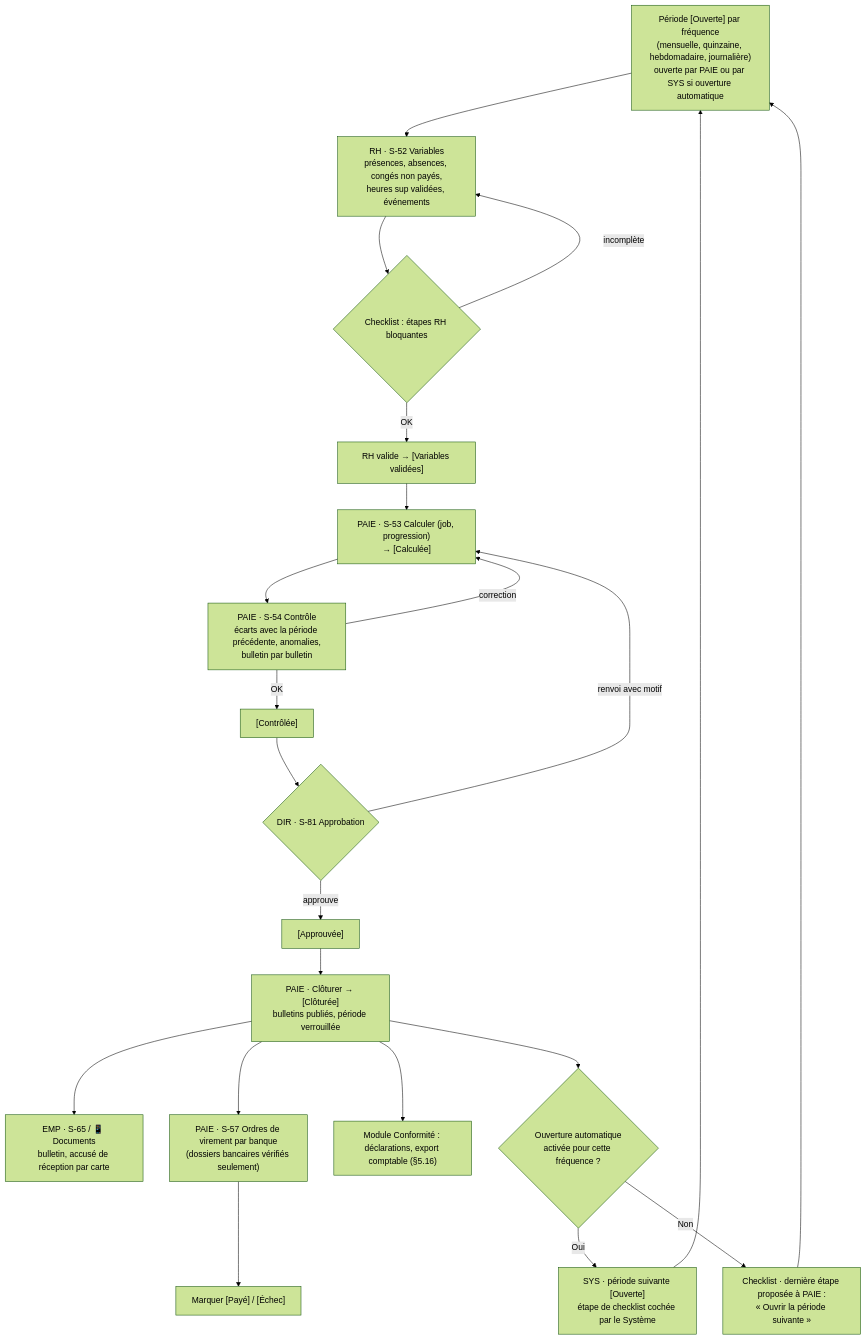
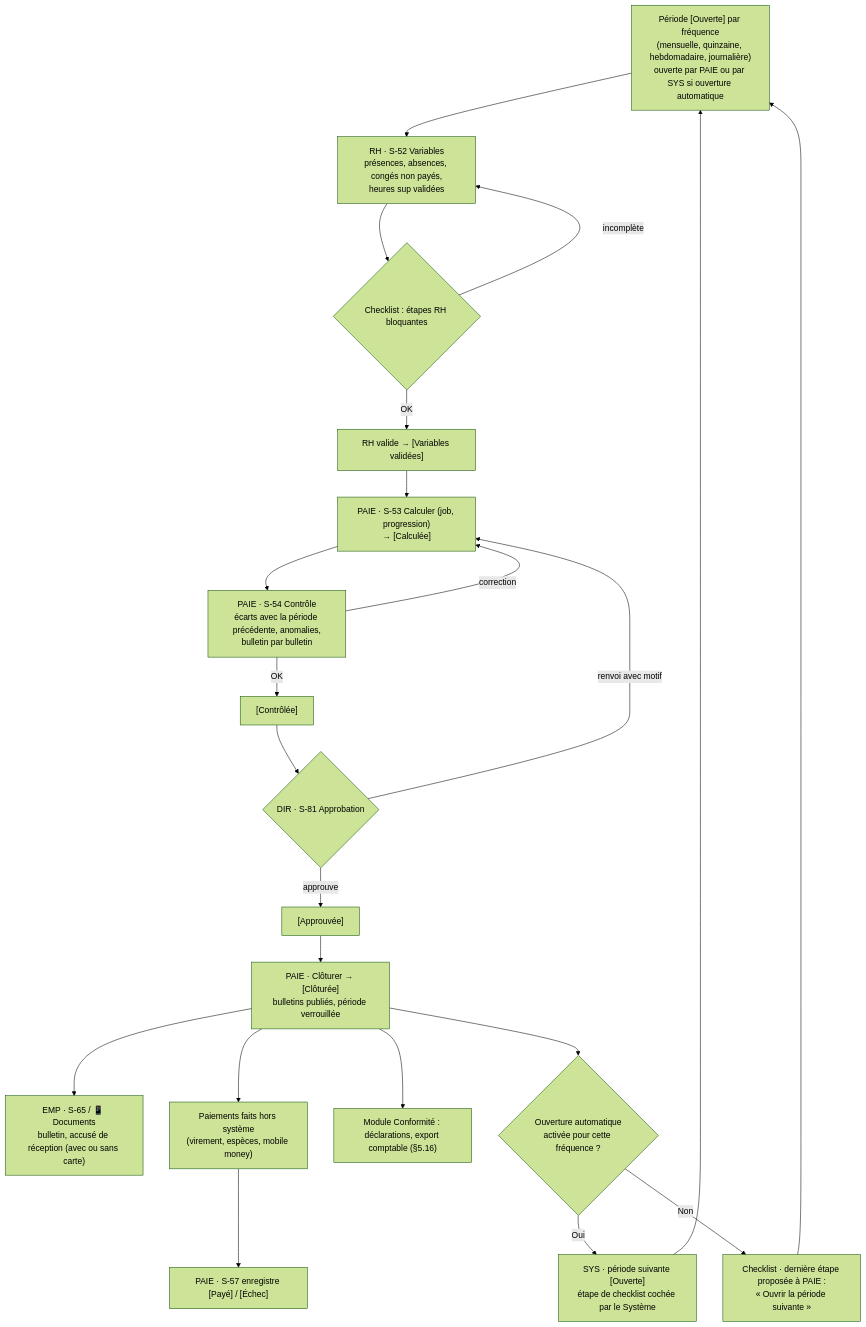
Before and after one commit to riyadaOne/fluxyrh-docs: diagram 15 of 21 in 01-specifications/APPFLOW.md, drawn with Mermaid (forest theme). The commit also changed other lines of this file and 21 other files, not shown here.

````diff
--- a/01-specifications/APPFLOW.md
+++ b/01-specifications/APPFLOW.md
@@ -434,24 +456,24 @@
 ```mermaid
 flowchart TD
-    O["Période [Ouverte] par fréquence<br/>(mensuelle, quinzaine, hebdomadaire, journalière)<br/>ouverte par PAIE ou par SYS si ouverture automatique"] --> V1["RH · S-52 Variables<br/>présences, absences, congés non payés,<br/>heures sup validées, événements"]
+    O["Période [Ouverte] par fréquence<br/>(mensuelle, quinzaine, hebdomadaire, journalière)<br/>ouverte par PAIE ou par SYS si ouverture automatique"] --> V1["RH · S-52 Variables<br/>présences, absences, congés non payés,<br/>heures sup validées"]
     V1 --> CK1{Checklist : étapes RH bloquantes}
     CK1 -- incomplète --> V1
     CK1 -- OK --> V2["RH valide → [Variables validées]"]
     V2 --> C["PAIE · S-53 Calculer (job, progression)<br/>→ [Calculée]"]
     C --> CT["PAIE · S-54 Contrôle<br/>écarts avec la période précédente, anomalies,<br/>bulletin par bulletin"]
     CT -- correction --> C
     CT -- OK --> CO["[Contrôlée]"]
     CO --> AP{DIR · S-81 Approbation}
     AP -- renvoi avec motif --> C
     AP -- approuve --> AA["[Approuvée]"]
     AA --> CL["PAIE · Clôturer → [Clôturée]<br/>bulletins publiés, période verrouillée"]
-    CL --> PUB["EMP · S-65 / 📱 Documents<br/>bulletin, accusé de réception par carte"]
-    CL --> VIR["PAIE · S-57 Ordres de virement par banque<br/>(dossiers bancaires vérifiés seulement)"]
-    VIR --> PAY["Marquer [Payé] / [Échec]"]
+    CL --> PUB["EMP · S-65 / 📱 Documents<br/>bulletin, accusé de réception (avec ou sans carte)"]
+    CL --> VIR["Paiements faits hors système<br/>(virement, espèces, mobile money)"]
+    VIR --> PAY["PAIE · S-57 enregistre [Payé] / [Échec]"]
     CL --> DEC["Module Conformité : déclarations, export comptable (§5.16)"]
     CL --> NX{Ouverture automatique<br/>activée pour cette fréquence ?}
     NX -- Oui --> AUTO["SYS · période suivante [Ouverte]<br/>étape de checklist cochée par le Système"]
     NX -- Non --> PROP["Checklist · dernière étape proposée à PAIE :<br/>« Ouvrir la période suivante »"]
     AUTO --> O
     PROP --> O
 ```
````
